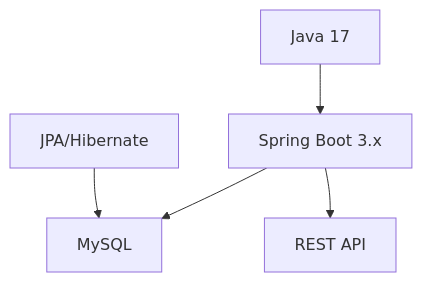
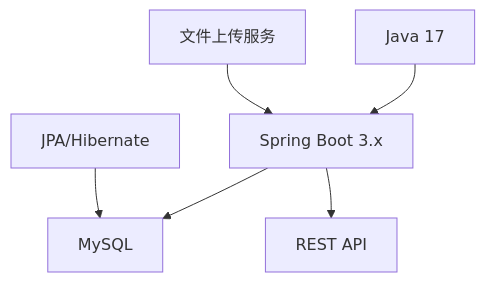
Before and after one commit to zqaini002/YaoYaoLingXian: the second of 3 diagrams in README.md, drawn with Mermaid. The commit also changed other lines of this file and 20 other files, not shown here.

````diff
--- a/README.md
+++ b/README.md
@@ -40,7 +40,8 @@
 ```mermaid
 graph TB
     A[Spring Boot 3.x] --> B[MySQL]
     C[JPA/Hibernate] --> B
     A --> D[REST API]
     E[Java 17] --> A
+    F[文件上传服务] --> A
 ```
````
